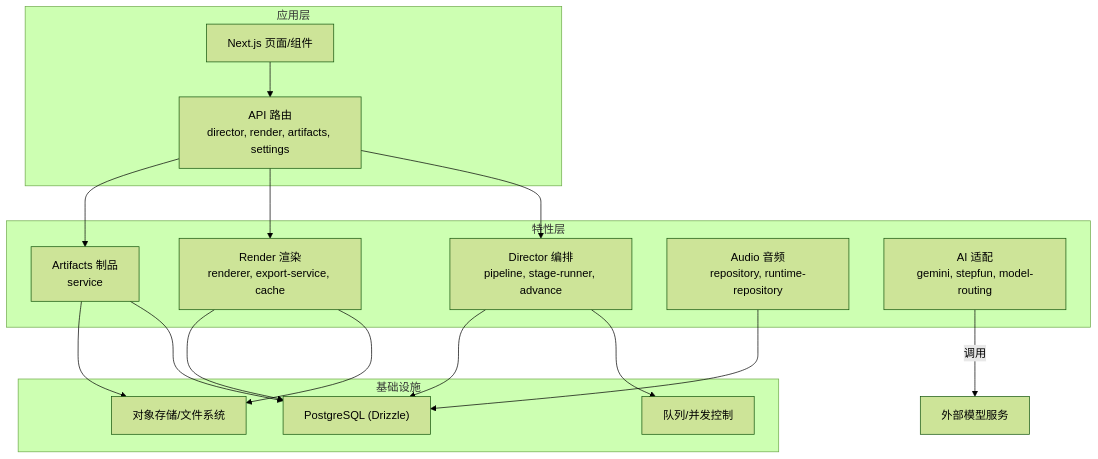
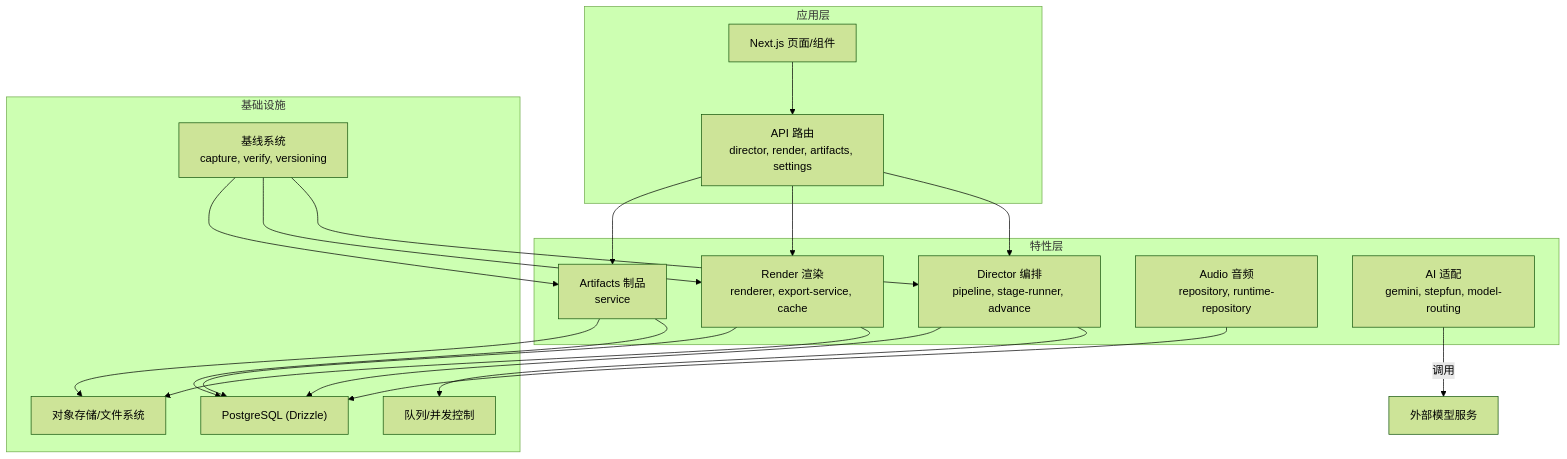
The second of 7 diagrams in .qoder/repowiki/zh/content/架构设计/重构蓝图系统/重构v3基础设施.md (AIMFllyYS/code-video-canvas), drawn with Mermaid (forest theme) before and after one commit. The commit also changed other lines of this file and 44 other files, not shown here.

````diff
--- a/.qoder/repowiki/zh/content/架构设计/重构蓝图系统/重构v3基础设施.md
+++ b/.qoder/repowiki/zh/content/架构设计/重构蓝图系统/重构v3基础设施.md
@@ -106,31 +125,35 @@
 ```mermaid
 graph TB
 subgraph "应用层"
 UI["Next.js 页面/组件"]
 API["API 路由<br/>director, render, artifacts, settings"]
 end
 subgraph "特性层"
 DIR["Director 编排<br/>pipeline, stage-runner, advance"]
 RND["Render 渲染<br/>renderer, export-service, cache"]
 ART["Artifacts 制品<br/>service"]
 AUD["Audio 音频<br/>repository, runtime-repository"]
 AI["AI 适配<br/>gemini, stepfun, model-routing"]
 end
 subgraph "基础设施"
 DB["PostgreSQL (Drizzle)"]
 Q["队列/并发控制"]
 ST["对象存储/文件系统"]
+BASELINE["基线系统<br/>capture, verify, versioning"]
 end
 UI --> API
 API --> DIR
 API --> RND
 API --> ART
 DIR --> Q
 DIR --> DB
 RND --> ST
 RND --> DB
 ART --> DB
 ART --> ST
 AUD --> DB
 AI --> |调用| 外部模型服务
+BASELINE --> DIR
+BASELINE --> RND
+BASELINE --> ART
 ```
````
